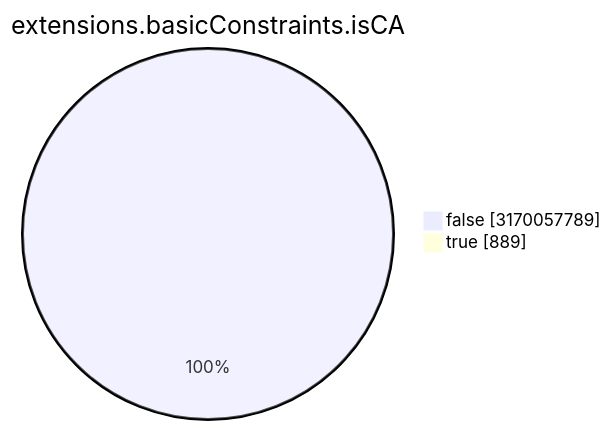
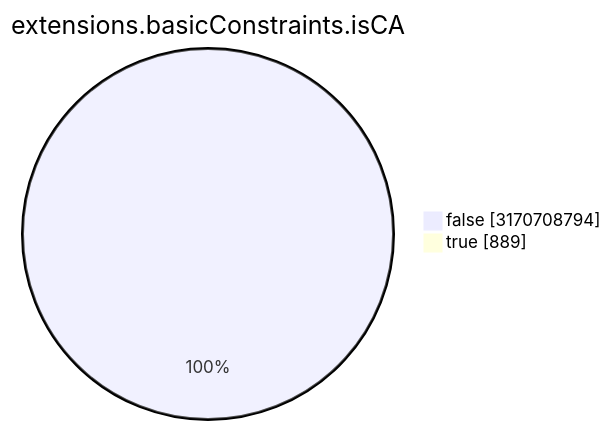
The seventh of 15 diagrams in TOTAL/README.md (christiankrug/ctmonitor_visualization), drawn with Mermaid before and after one commit. The commit also changed other lines of this file, not shown here.

````diff
--- a/TOTAL/README.md
+++ b/TOTAL/README.md
@@ -3088,6 +3088,6 @@
 ```mermaid
 pie showData
 title extensions.basicConstraints.isCA
-"false" :3170057789
+"false" :3170708794
 "true" :889
 ```
````
